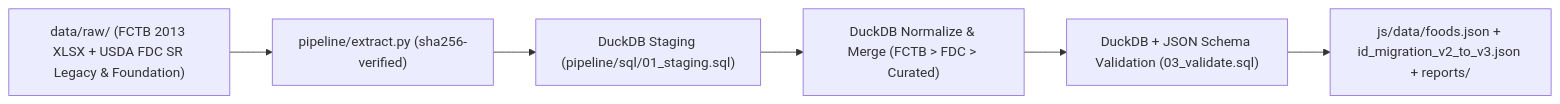
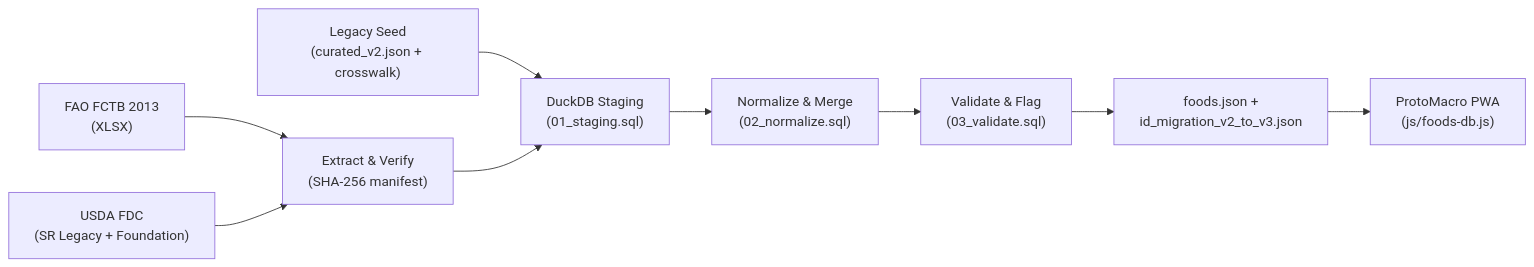
Before and after one commit to TahmidShafi/ProtoMacro: the diagram in README.md, drawn with Mermaid. The commit also changed other lines of this file and 13 other files, not shown here.

Commit message:
docs: v3.1.0 README, charts, screenshots, MIT license

````diff
--- a/README.md
+++ b/README.md
@@ -84,8 +24,11 @@
 ```mermaid
 flowchart LR
-  Raw["data/raw/ (FCTB 2013 XLSX + USDA FDC SR Legacy & Foundation)"] --> Extract["pipeline/extract.py (sha256-verified)"]
-  Extract --> Staging["DuckDB Staging (pipeline/sql/01_staging.sql)"]
-  Staging --> Normalize["DuckDB Normalize & Merge (FCTB > FDC > Curated)"]
-  Normalize --> Validate["DuckDB + JSON Schema Validation (03_validate.sql)"]
-  Validate --> Load["js/data/foods.json + id_migration_v2_to_v3.json + reports/"]
+  FCTB["FAO FCTB 2013\n(XLSX)"] --> EXT["Extract & Verify\n(SHA-256 manifest)"]
+  FDC["USDA FDC\n(SR Legacy + Foundation)"] --> EXT
+  CUR["Legacy Seed\n(curated_v2.json + crosswalk)"] --> STG
+  EXT --> STG["DuckDB Staging\n(01_staging.sql)"]
+  STG --> NORM["Normalize & Merge\n(02_normalize.sql)"]
+  NORM --> VAL["Validate & Flag\n(03_validate.sql)"]
+  VAL --> OUT["foods.json +\nid_migration_v2_to_v3.json"]
+  OUT --> APP["ProtoMacro PWA\n(js/foods-db.js)"]
 ```
````
